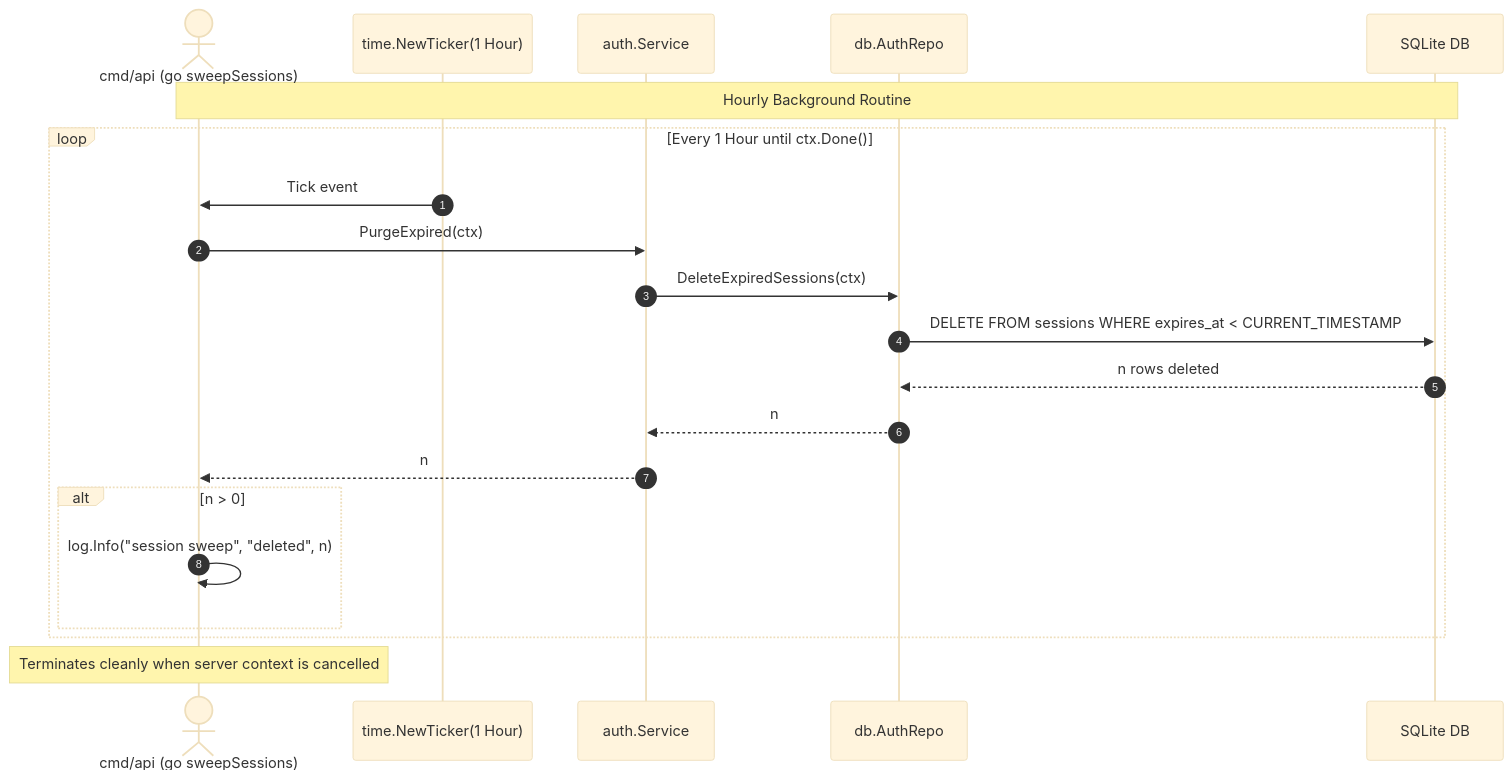
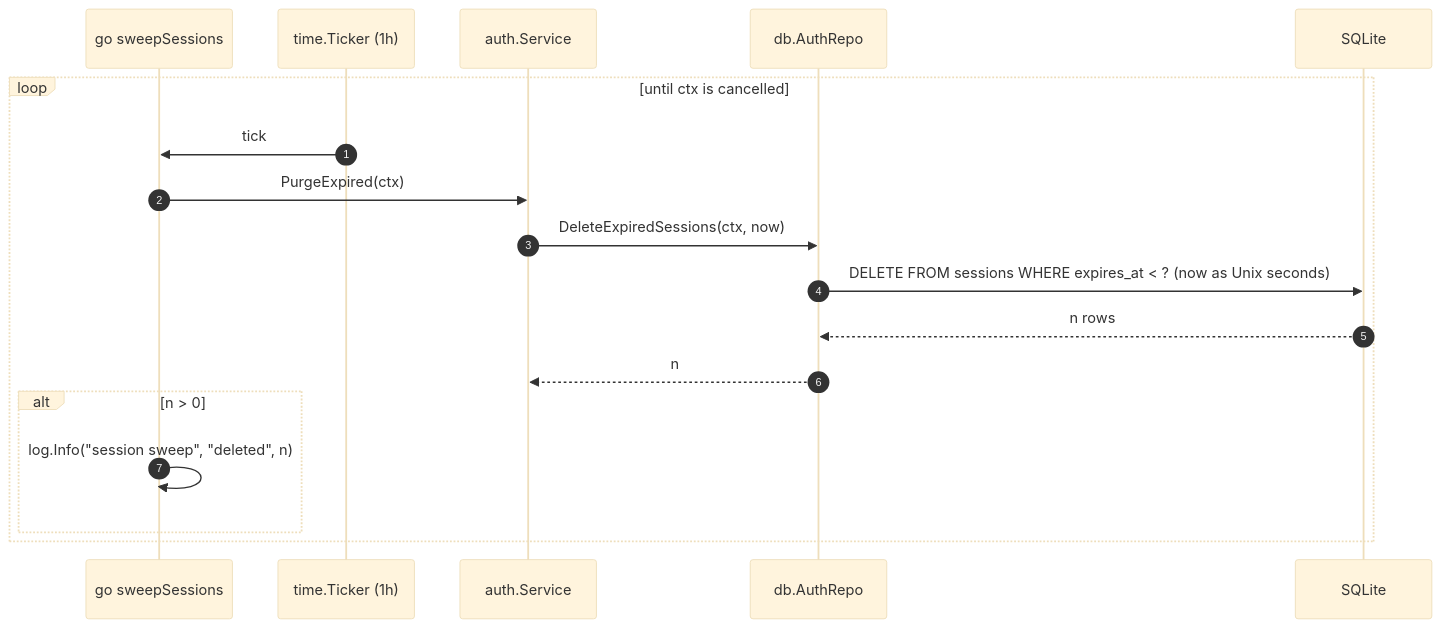
Before and after one commit to nhhthong/godocs: the first of 2 diagrams in resources/flow/background_janitors.md, drawn with Mermaid (base theme). The commit also changed other lines of this file and 28 other files, not shown here.

````diff
--- a/resources/flow/background_janitors.md
+++ b/resources/flow/background_janitors.md
@@ -20,24 +22,21 @@
 ```mermaid
 sequenceDiagram
     autonumber
-    actor System as cmd/api (go sweepSessions)
-    participant Ticker as time.NewTicker(1 Hour)
-    participant AuthSvc as auth.Service
-    participant Repo as db.AuthRepo
-    participant DB as SQLite DB
+    participant G as go sweepSessions
+    participant T as time.Ticker (1h)
+    participant S as auth.Service
+    participant R as db.AuthRepo
+    participant DB as SQLite
 
-    Note over System,DB: Hourly Background Routine
-    loop Every 1 Hour until ctx.Done()
-        Ticker->>System: Tick event
-        System->>AuthSvc: PurgeExpired(ctx)
-        AuthSvc->>Repo: DeleteExpiredSessions(ctx)
-        Repo->>DB: DELETE FROM sessions WHERE expires_at < CURRENT_TIMESTAMP
-        DB-->>Repo: n rows deleted
-        Repo-->>AuthSvc: n
-        AuthSvc-->>System: n
+    loop until ctx is cancelled
+        T->>G: tick
+        G->>S: PurgeExpired(ctx)
+        S->>R: DeleteExpiredSessions(ctx, now)
+        R->>DB: DELETE FROM sessions WHERE expires_at < ?   (now as Unix seconds)
+        DB-->>R: n rows
+        R-->>S: n
         alt n > 0
-            System->>System: log.Info("session sweep", "deleted", n)
+            G->>G: log.Info("session sweep", "deleted", n)
         end
     end
-    Note over System: Terminates cleanly when server context is cancelled
 ```
````
